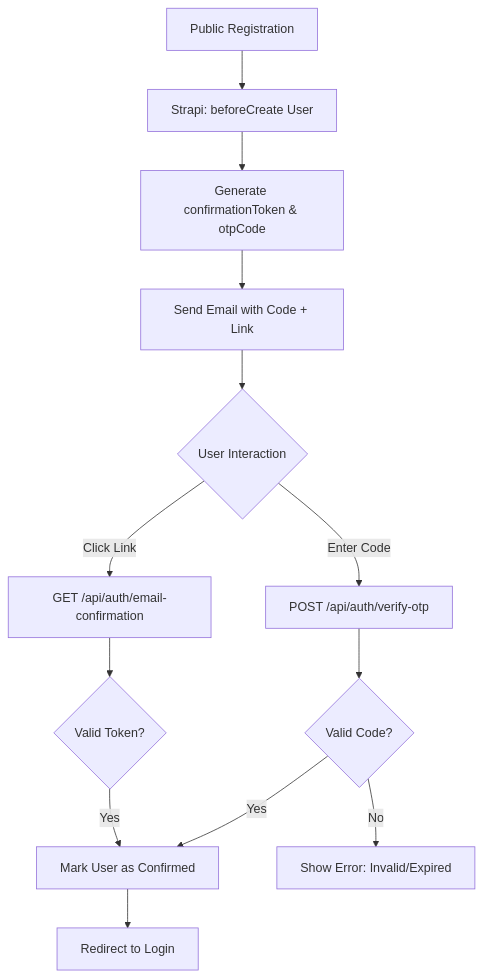
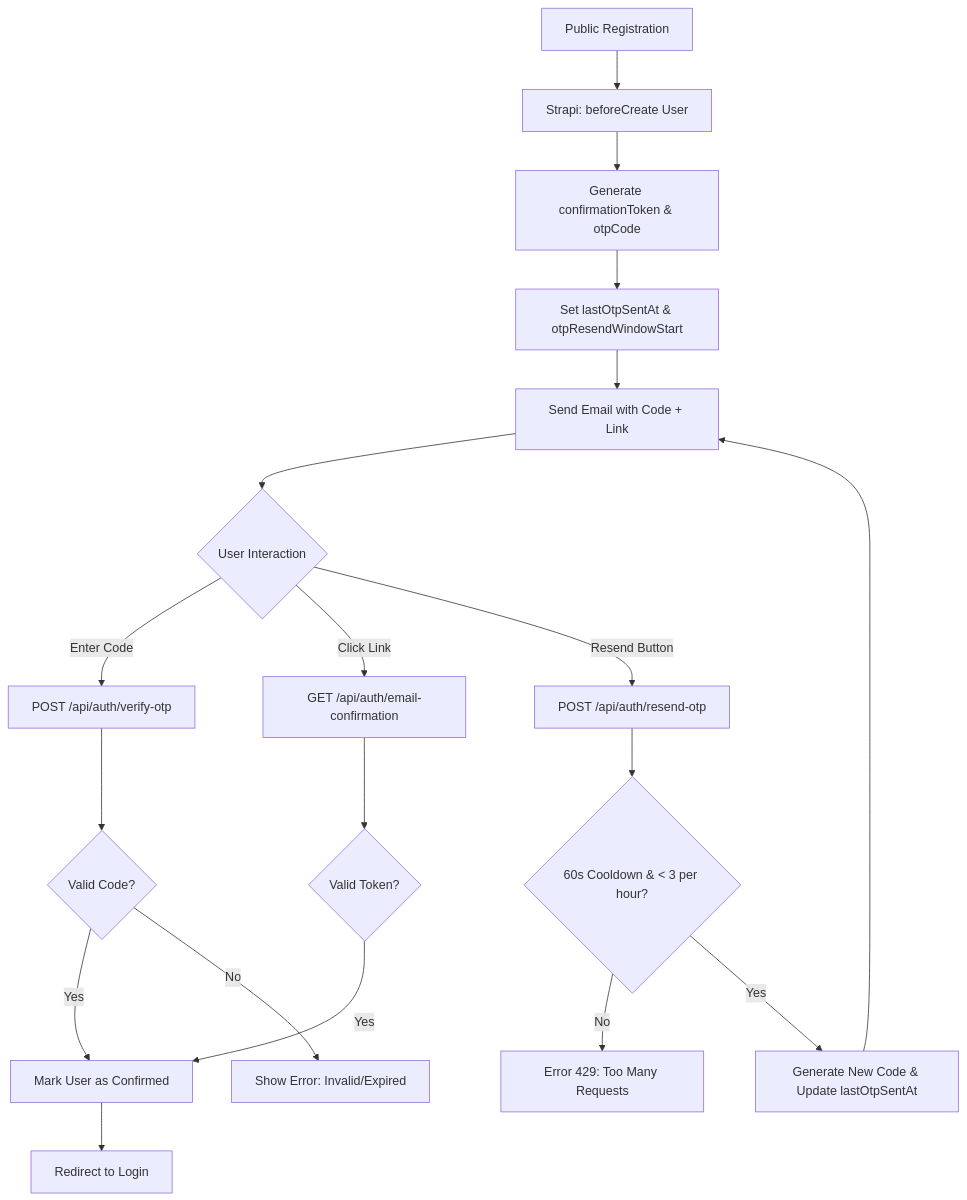
The diagram in docs/USER_SIGNUP_OTP.md (akvo/science-for-africa), drawn with Mermaid before and after one commit. The commit also changed other lines of this file and 1 other file, not shown here.

Commit message:
[#21] docs: update USER_SIGNUP_OTP.md with cooldown and retry limits

````diff
--- a/docs/USER_SIGNUP_OTP.md
+++ b/docs/USER_SIGNUP_OTP.md
@@ -34,15 +36,23 @@
 ```mermaid
 graph TD
     A[Public Registration] --> B[Strapi: beforeCreate User]
     B --> C[Generate confirmationToken & otpCode]
-    C --> D[Send Email with Code + Link]
-    D --> E{User Interaction}
-    E -->|Enter Code| F[POST /api/auth/verify-otp]
-    E -->|Click Link| G[GET /api/auth/email-confirmation]
-    F --> H{Valid Code?}
-    G --> I{Valid Token?}
-    H -->|Yes| J[Mark User as Confirmed]
-    I -->|Yes| J
-    J --> K[Redirect to Login]
-    H -->|No| L[Show Error: Invalid/Expired]
+    C --> D[Set lastOtpSentAt & otpResendWindowStart]
+    D --> E[Send Email with Code + Link]
+    E --> F{User Interaction}
+    F -->|Enter Code| G[POST /api/auth/verify-otp]
+    F -->|Click Link| H[GET /api/auth/email-confirmation]
+    F -->|Resend Button| I[POST /api/auth/resend-otp]
+
+    I --> J{60s Cooldown & < 3 per hour?}
+    J -->|No| K[Error 429: Too Many Requests]
+    J -->|Yes| L[Generate New Code & Update lastOtpSentAt]
+    L --> E
+
+    G --> M{Valid Code?}
+    H --> N{Valid Token?}
+    M -->|Yes| O[Mark User as Confirmed]
+    N -->|Yes| O
+    O --> P[Redirect to Login]
+    M -->|No| Q[Show Error: Invalid/Expired]
 ```
````
